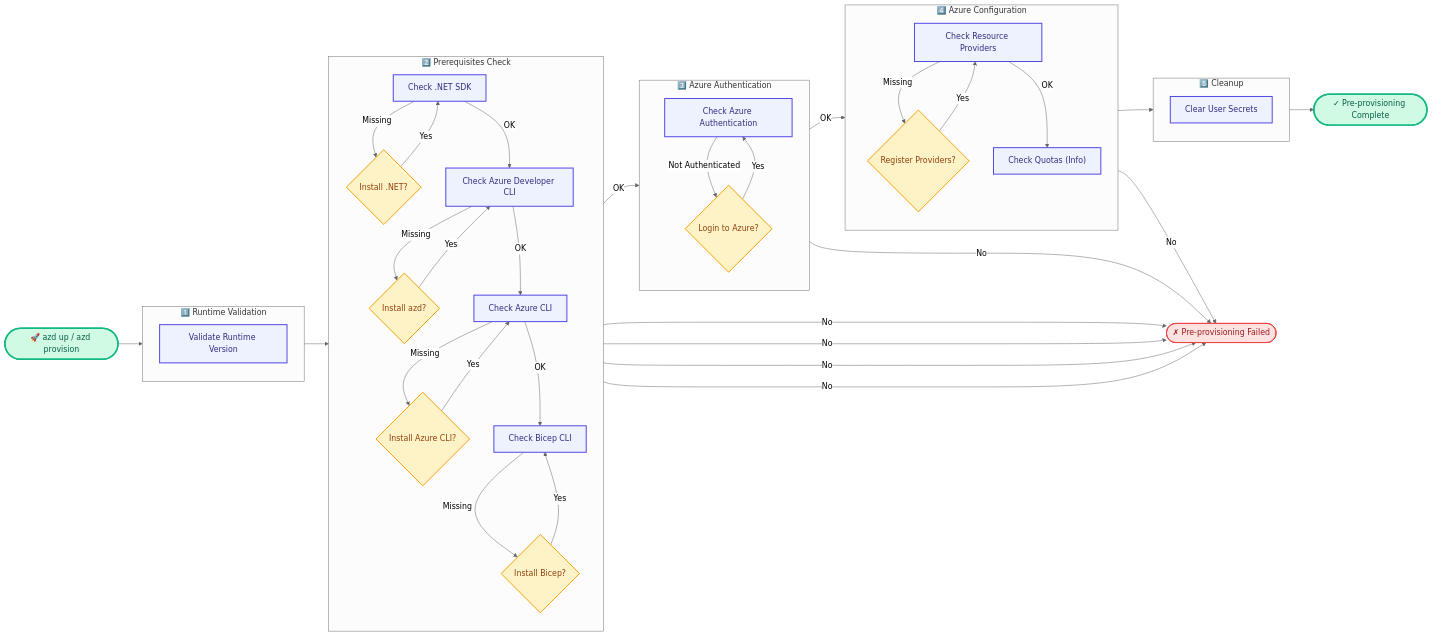
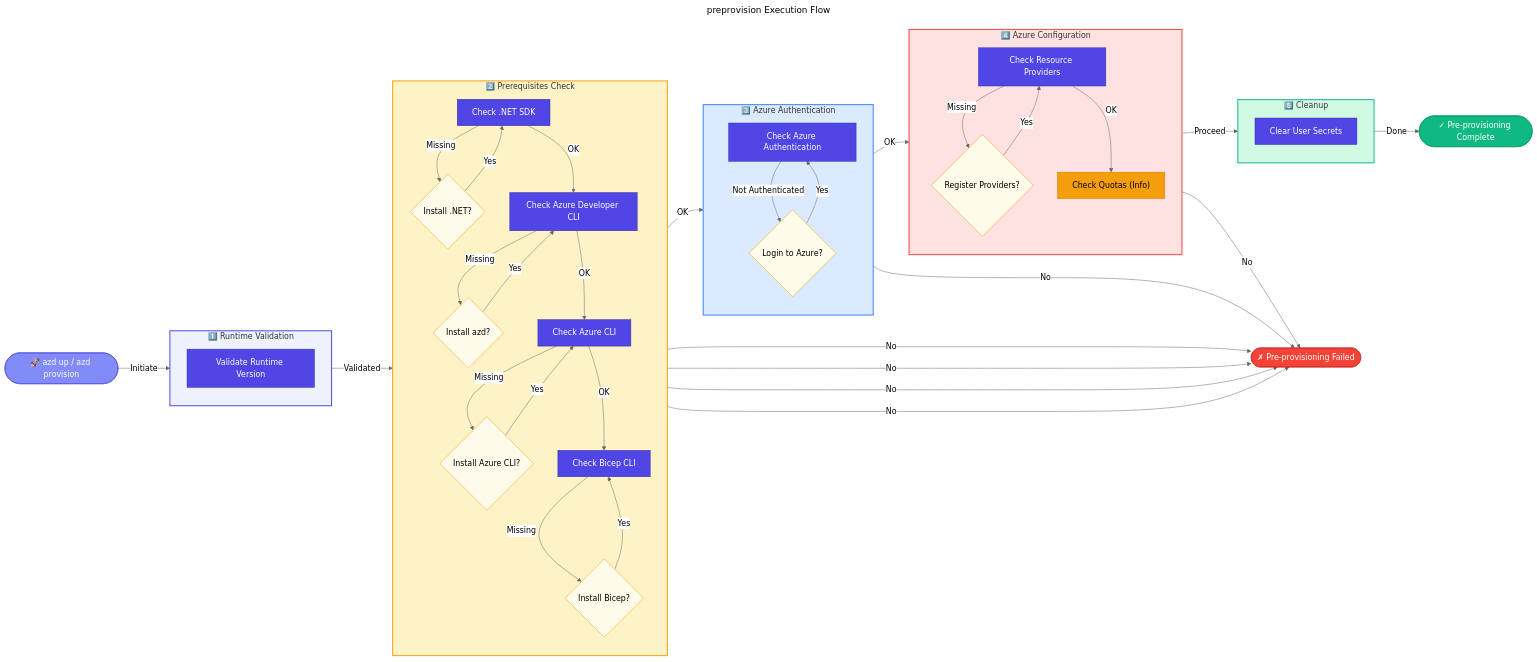
The diagram in docs/hooks/preprovision.md (Evilazaro/Azure-LogicApps-Monitoring), drawn with Mermaid (neutral theme) before and after one commit. The commit also changed 6 other files, not shown here.

First line of the commit message:
Refactor workflow diagrams in documentation for clarity and consistency

````diff
--- a/docs/hooks/preprovision.md
+++ b/docs/hooks/preprovision.md
@@ -385,84 +385,100 @@
 ```mermaid
+---
+title: preprovision Execution Flow
+---
 flowchart LR
-    Start(["🚀 azd up / azd provision"])
-    Complete(["✓ Pre-provisioning Complete"])
-    Failed(["✗ Pre-provisioning Failed"])
+    %% ===== STYLE DEFINITIONS =====
+    classDef primary fill:#4F46E5,stroke:#3730A3,color:#FFFFFF
+    classDef secondary fill:#10B981,stroke:#059669,color:#FFFFFF
+    classDef datastore fill:#F59E0B,stroke:#D97706,color:#000000
+    classDef external fill:#6B7280,stroke:#4B5563,color:#FFFFFF,stroke-dasharray: 5 5
+    classDef failed fill:#F44336,stroke:#C62828,color:#FFFFFF
+    classDef trigger fill:#818CF8,stroke:#4F46E5,color:#FFFFFF
+    classDef decision fill:#FFFBEB,stroke:#F59E0B,color:#000000
+    classDef input fill:#F3F4F6,stroke:#6B7280,color:#000000
 
-    Start --> RuntimeValidation
+    %% ===== TRIGGER NODES =====
+    Start(["🚀 azd up / azd provision"]):::trigger
+    Complete(["✓ Pre-provisioning Complete"]):::secondary
+    Failed(["✗ Pre-provisioning Failed"]):::failed
 
+    %% ===== PHASE 1: RUNTIME VALIDATION =====
     subgraph RuntimeValidation["1️⃣ Runtime Validation"]
         direction TB
-        ValidateRuntime["Validate Runtime Version"]
+        ValidateRuntime["Validate Runtime Version"]:::primary
     end
 
+    %% ===== PHASE 2: PREREQUISITES CHECK =====
     subgraph Prerequisites["2️⃣ Prerequisites Check"]
         direction TB
-        CheckDotNet["Check .NET SDK"]
-        InstallDotNet{"Install .NET?"}
-        CheckAzd["Check Azure Developer CLI"]
-        InstallAzd{"Install azd?"}
-        CheckAzCLI["Check Azure CLI"]
-        InstallAzCLI{"Install Azure CLI?"}
-        CheckBicep["Check Bicep CLI"]
-        InstallBicep{"Install Bicep?"}
+        CheckDotNet["Check .NET SDK"]:::primary
+        InstallDotNet{"Install .NET?"}:::decision
+        CheckAzd["Check Azure Developer CLI"]:::primary
+        InstallAzd{"Install azd?"}:::decision
+        CheckAzCLI["Check Azure CLI"]:::primary
+        InstallAzCLI{"Install Azure CLI?"}:::decision
+        CheckBicep["Check Bicep CLI"]:::primary
+        InstallBicep{"Install Bicep?"}:::decision
 
-        CheckDotNet -->|Missing| InstallDotNet
-        InstallDotNet -->|Yes| CheckDotNet
-        CheckDotNet -->|OK| CheckAzd
-        CheckAzd -->|Missing| InstallAzd
-        InstallAzd -->|Yes| CheckAzd
-        CheckAzd -->|OK| CheckAzCLI
-        CheckAzCLI -->|Missing| InstallAzCLI
-        InstallAzCLI -->|Yes| CheckAzCLI
-        CheckAzCLI -->|OK| CheckBicep
-        CheckBicep -->|Missing| InstallBicep
-        InstallBicep -->|Yes| CheckBicep
+        CheckDotNet -->|"Missing"| InstallDotNet
+        InstallDotNet -->|"Yes"| CheckDotNet
+        CheckDotNet -->|"OK"| CheckAzd
+        CheckAzd -->|"Missing"| InstallAzd
+        InstallAzd -->|"Yes"| CheckAzd
+        CheckAzd -->|"OK"| CheckAzCLI
+        CheckAzCLI -->|"Missing"| InstallAzCLI
+        InstallAzCLI -->|"Yes"| CheckAzCLI
+        CheckAzCLI -->|"OK"| CheckBicep
+        CheckBicep -->|"Missing"| InstallBicep
+        InstallBicep -->|"Yes"| CheckBicep
     end
 
+    %% ===== PHASE 3: AZURE AUTHENTICATION =====
     subgraph Authentication["3️⃣ Azure Authentication"]
         direction TB
-        CheckAuth["Check Azure Authentication"]
-        Login{"Login to Azure?"}
+        CheckAuth["Check Azure Authentication"]:::primary
+        Login{"Login to Azure?"}:::decision
 
-        CheckAuth -->|Not Authenticated| Login
-        Login -->|Yes| CheckAuth
+        CheckAuth -->|"Not Authenticated"| Login
+        Login -->|"Yes"| CheckAuth
     end
 
+    %% ===== PHASE 4: AZURE CONFIGURATION =====
     subgraph AzureConfig["4️⃣ Azure Configuration"]
         direction TB
-        CheckProviders["Check Resource Providers"]
-        RegisterProviders{"Register Providers?"}
-        CheckQuota["Check Quotas (Info)"]
+        CheckProviders["Check Resource Providers"]:::primary
+        RegisterProviders{"Register Providers?"}:::decision
+        CheckQuota["Check Quotas (Info)"]:::datastore
 
-        CheckProviders -->|Missing| RegisterProviders
-        RegisterProviders -->|Yes| CheckProviders
-        CheckProviders -->|OK| CheckQuota
+        CheckProviders -->|"Missing"| RegisterProviders
+        RegisterProviders -->|"Yes"| CheckProviders
+        CheckProviders -->|"OK"| CheckQuota
     end
 
+    %% ===== PHASE 5: CLEANUP =====
     subgraph Cleanup["5️⃣ Cleanup"]
         direction TB
-        ClearSecrets["Clear User Secrets"]
+        ClearSecrets["Clear User Secrets"]:::primary
     end
 
-    RuntimeValidation --> Prerequisites
-    InstallDotNet -->|No| Failed
-    InstallAzd -->|No| Failed
-    InstallAzCLI -->|No| Failed
-    InstallBicep -->|No| Failed
-    CheckBicep -->|OK| Authentication
-    Login -->|No| Failed
-    CheckAuth -->|OK| AzureConfig
-    RegisterProviders -->|No| Failed
-    CheckQuota --> Cleanup
-    Cleanup --> Complete
+    %% ===== MAIN FLOW CONNECTIONS =====
+    Start -->|"Initiate"| RuntimeValidation
+    RuntimeValidation -->|"Validated"| Prerequisites
+    InstallDotNet -->|"No"| Failed
+    InstallAzd -->|"No"| Failed
+    InstallAzCLI -->|"No"| Failed
+    InstallBicep -->|"No"| Failed
+    CheckBicep -->|"OK"| Authentication
+    Login -->|"No"| Failed
+    CheckAuth -->|"OK"| AzureConfig
+    RegisterProviders -->|"No"| Failed
+    CheckQuota -->|"Proceed"| Cleanup
+    Cleanup -->|"Done"| Complete
 
-    classDef startEnd fill:#D1FAE5,stroke:#10B981,stroke-width:3px,color:#065F46
-    classDef process fill:#EEF2FF,stroke:#4F46E5,stroke-width:2px,color:#312E81
-    classDef decision fill:#FEF3C7,stroke:#F59E0B,stroke-width:2px,color:#92400E
-    classDef failure fill:#FEE2E2,stroke:#EF4444,stroke-width:2px,color:#991B1B
-
-    class Start,Complete startEnd
-    class ValidateRuntime,CheckDotNet,CheckAzd,CheckAzCLI,CheckAuth,CheckBicep,CheckProviders,CheckQuota,ClearSecrets process
-    class InstallDotNet,InstallAzd,InstallAzCLI,Login,InstallBicep,RegisterProviders decision
-    class Failed failure
+    %% ===== SUBGRAPH STYLES =====
+    style RuntimeValidation fill:#EEF2FF,stroke:#4F46E5,stroke-width:2px
+    style Prerequisites fill:#FEF3C7,stroke:#F59E0B,stroke-width:2px
+    style Authentication fill:#DBEAFE,stroke:#3B82F6,stroke-width:2px
+    style AzureConfig fill:#FEE2E2,stroke:#EF4444,stroke-width:2px
+    style Cleanup fill:#D1FAE5,stroke:#10B981,stroke-width:2px
 ```
````
